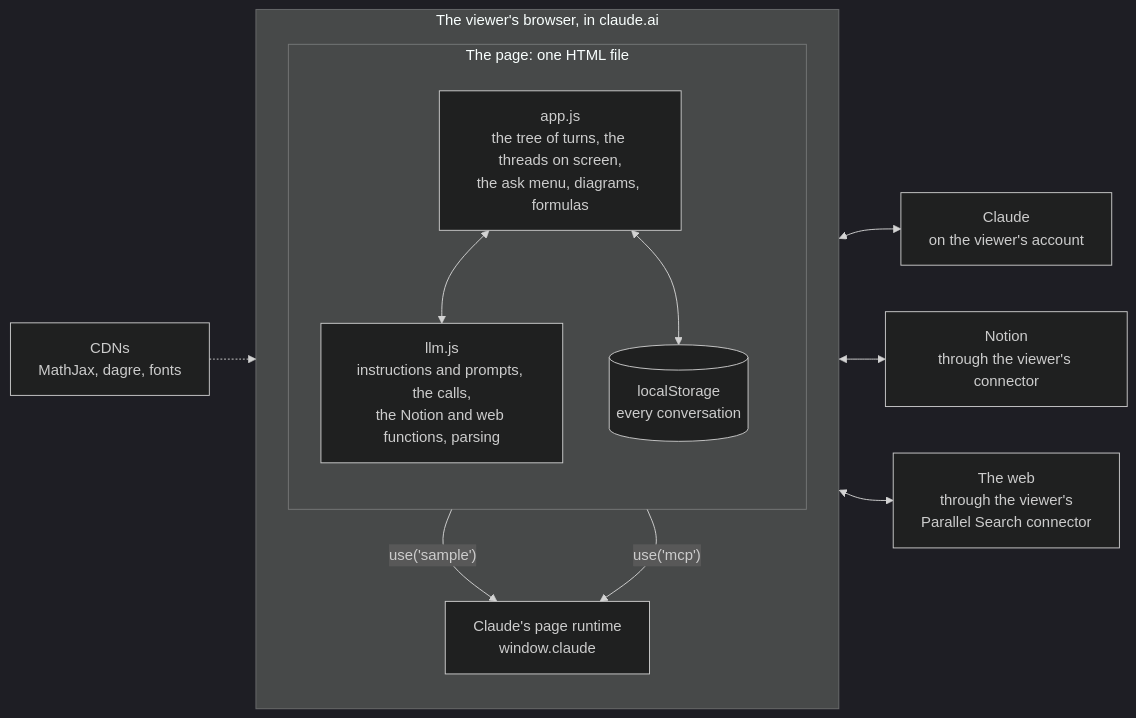
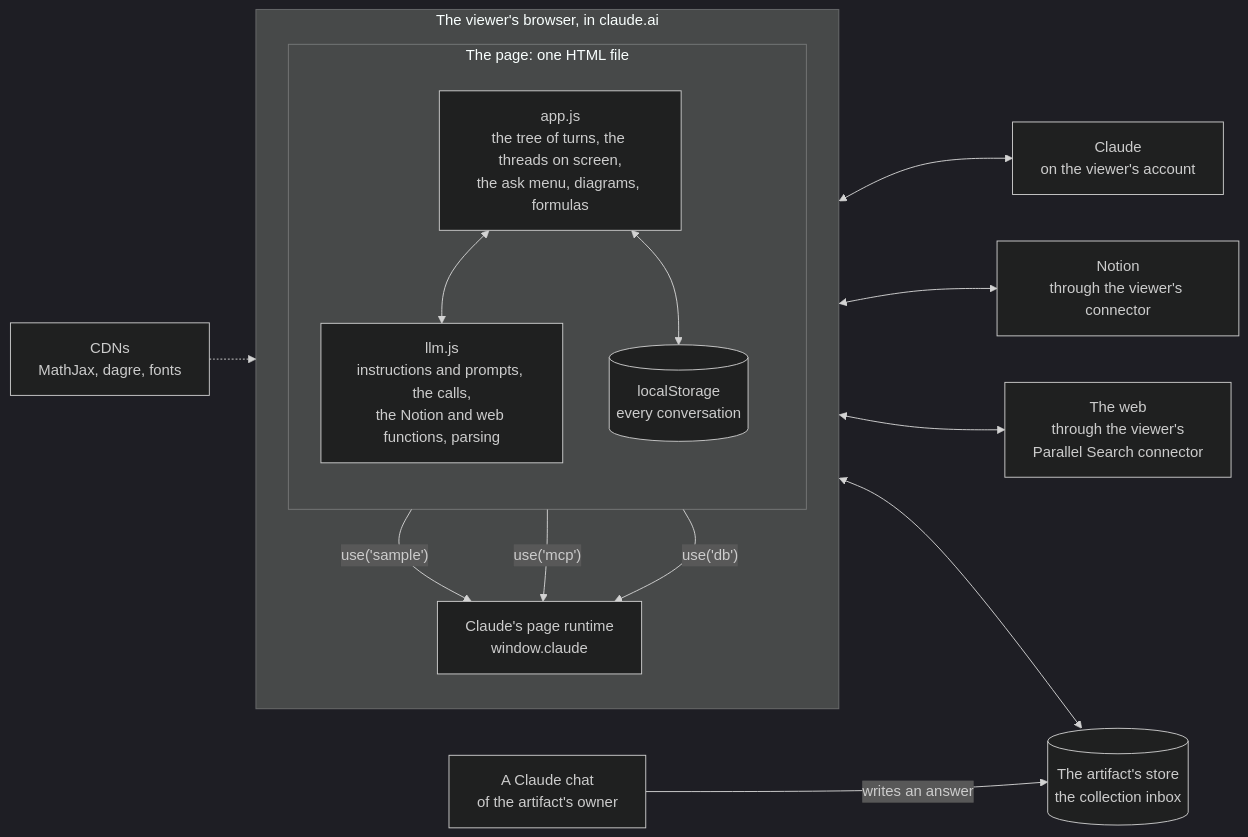
The first of 4 diagrams in README.md (hideaki/human-distillation), drawn with Mermaid (dark theme) before and after one commit. The commit also changed other lines of this file and 11 other files, not shown here.

First line of the commit message:
Open an answer sent to the page from another Claude chat

````diff
--- a/README.md
+++ b/README.md
@@ -225,25 +264,30 @@
 ```mermaid
 flowchart LR
   subgraph tab["The viewer's browser, in claude.ai"]
     direction TB
     subgraph page["The page: one HTML file"]
       direction TB
       app["app.js<br/>the tree of turns, the threads on screen,<br/>the ask menu, diagrams, formulas"]
       llm["llm.js<br/>instructions and prompts, the calls,<br/>the Notion and web functions, parsing"]
       store[("localStorage<br/>every conversation")]
       app <--> llm
       app <--> store
     end
     rt["Claude's page runtime<br/>window.claude"]
     llm -- "use('sample')" --> rt
     llm -- "use('mcp')" --> rt
+    llm -- "use('db')" --> rt
   end
   claude["Claude<br/>on the viewer's account"]
   notion["Notion<br/>through the viewer's connector"]
   web["The web<br/>through the viewer's<br/>Parallel Search connector"]
+  inbox[("The artifact's store<br/>the collection inbox")]
+  chat["A Claude chat<br/>of the artifact's owner"]
   cdn["CDNs<br/>MathJax, dagre, fonts"]
   rt <--> claude
   rt <--> notion
   rt <--> web
+  rt <--> inbox
+  chat -- "writes an answer" --> inbox
   cdn -.-> app
 ```
````
